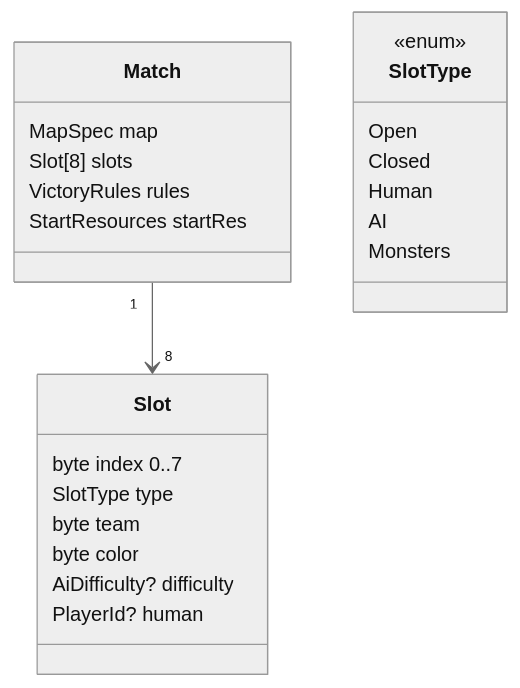
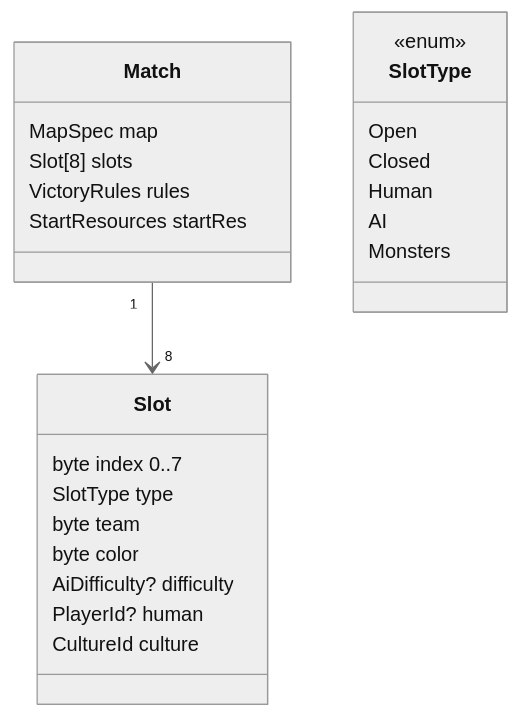
The diagram in docs/04-game-modes.md (1223Joker/rebuild), drawn with Mermaid (neutral theme) before and after one commit. The commit also changed other lines of this file and 5 other files, not shown here.

Commit message:
docs: update architecture, game modes, AI, economy, art, testing for cultures, combat, machines

````diff
--- a/docs/04-game-modes.md
+++ b/docs/04-game-modes.md
@@ -6,26 +6,27 @@
 ```mermaid
 classDiagram
   class Match {
     MapSpec map
     Slot[8] slots
     VictoryRules rules
     StartResources startRes
   }
   class Slot {
     byte index 0..7
     SlotType type
     byte team
     byte color
     AiDifficulty? difficulty
     PlayerId? human
+    CultureId culture
   }
   class SlotType {
     <<enum>>
     Open
     Closed
     Human
     AI
     Monsters
   }
   Match "1" --> "8" Slot
 ```
````
